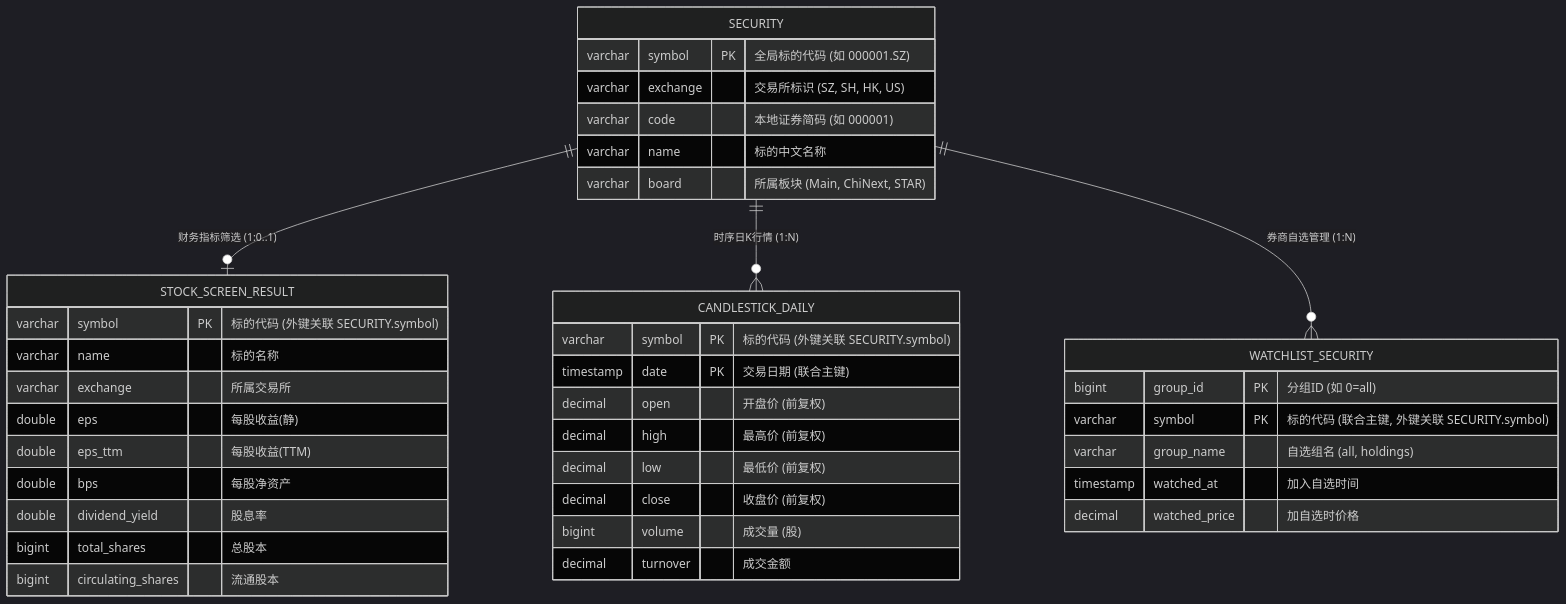
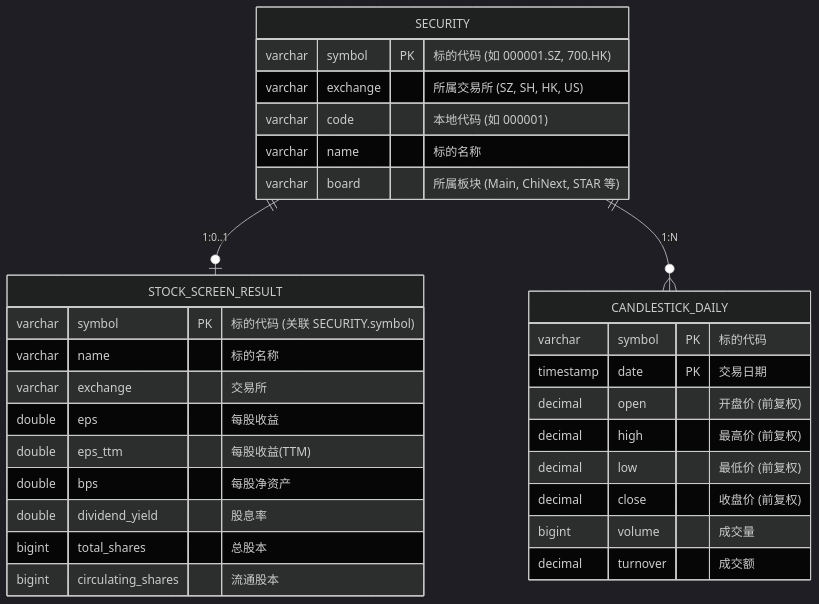
One commit to z417/trade4 changed the diagram in README.md. Above: the diagram before and after it, drawn with Mermaid (dark theme). The commit also changed other lines of this file and 24 other files, not shown here.

Commit message:
refactor: refactor architecture to asynchronous functional design using closures and NamedTuple contracts

````diff
--- a/README.md
+++ b/README.md
@@ -87,45 +113,36 @@
 ```mermaid
 erDiagram
-    SECURITY ||--o| STOCK_SCREEN_RESULT : "财务指标筛选 (1:0..1)"
-    SECURITY ||--o{ CANDLESTICK_DAILY : "时序日K行情 (1:N)"
-    SECURITY ||--o{ WATCHLIST_SECURITY : "券商自选管理 (1:N)"
+    SECURITY ||--o| STOCK_SCREEN_RESULT : "1:0..1"
+    SECURITY ||--o{ CANDLESTICK_DAILY : "1:N"
 
     SECURITY {
-        varchar symbol PK "全局标的代码 (如 000001.SZ)"
-        varchar exchange "交易所标识 (SZ, SH, HK, US)"
-        varchar code "本地证券简码 (如 000001)"
-        varchar name "标的中文名称"
-        varchar board "所属板块 (Main, ChiNext, STAR)"
+        varchar symbol PK "标的代码 (如 000001.SZ, 700.HK)"
+        varchar exchange "所属交易所 (SZ, SH, HK, US)"
+        varchar code "本地代码 (如 000001)"
+        varchar name "标的名称"
+        varchar board "所属板块 (Main, ChiNext, STAR 等)"
     }
 
     STOCK_SCREEN_RESULT {
-        varchar symbol PK "标的代码 (外键关联 SECURITY.symbol)"
+        varchar symbol PK "标的代码 (关联 SECURITY.symbol)"
         varchar name "标的名称"
-        varchar exchange "所属交易所"
-        double eps "每股收益(静)"
+        varchar exchange "交易所"
+        double eps "每股收益"
         double eps_ttm "每股收益(TTM)"
         double bps "每股净资产"
         double dividend_yield "股息率"
         bigint total_shares "总股本"
         bigint circulating_shares "流通股本"
     }
 
     CANDLESTICK_DAILY {
-        varchar symbol PK "标的代码 (外键关联 SECURITY.symbol)"
-        timestamp date PK "交易日期 (联合主键)"
+        varchar symbol PK "标的代码"
+        timestamp date PK "交易日期"
         decimal open "开盘价 (前复权)"
         decimal high "最高价 (前复权)"
         decimal low "最低价 (前复权)"
         decimal close "收盘价 (前复权)"
-        bigint volume "成交量 (股)"
-        decimal turnover "成交金额"
-    }
-
-    WATCHLIST_SECURITY {
-        bigint group_id PK "分组ID (如 0=all)"
-        varchar symbol PK "标的代码 (联合主键, 外键关联 SECURITY.symbol)"
-        varchar group_name "自选组名 (all, holdings)"
-        timestamp watched_at "加入自选时间"
-        decimal watched_price "加自选时价格"
+        bigint volume "成交量"
+        decimal turnover "成交额"
     }
 ```
````
